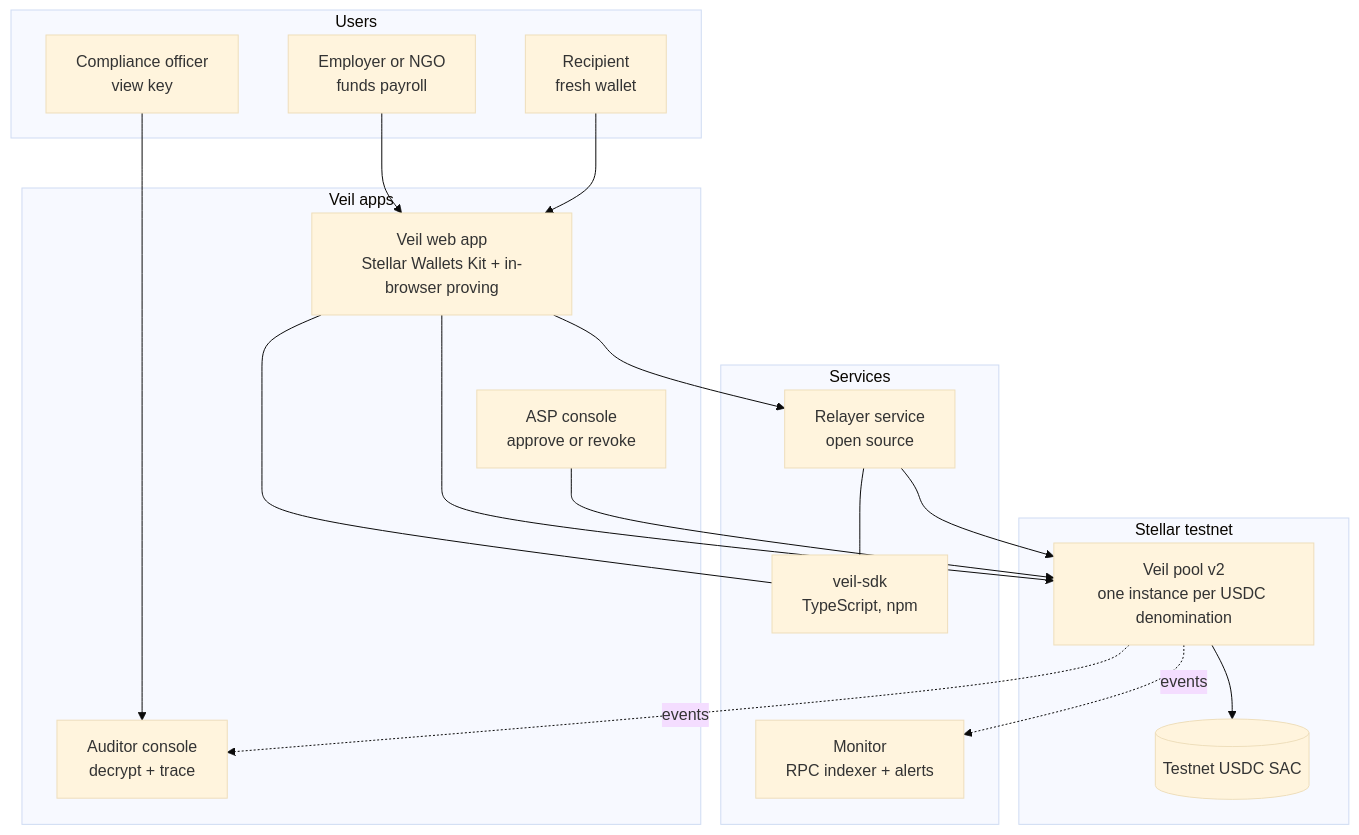
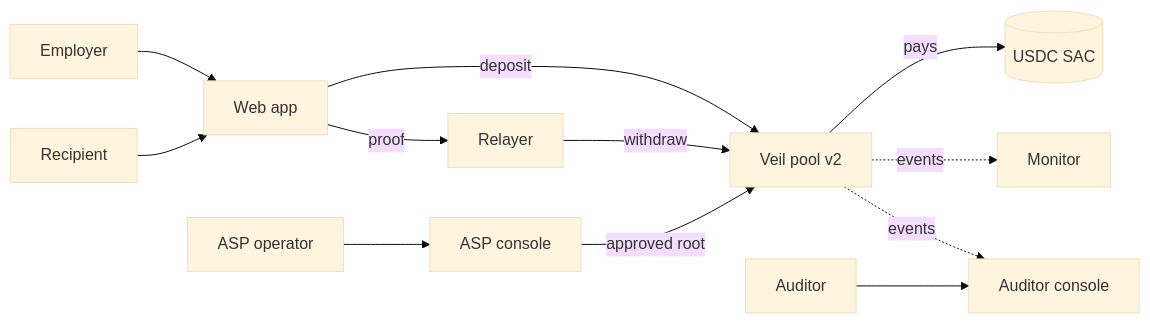
Before and after one commit to Risingtell/veil: the second of 2 diagrams in docs/ARCHITECTURE.md, drawn with Mermaid (base theme). The commit also changed other lines of this file, not shown here.

Commit message:
Simplify architecture diagrams so GitHub renders every label

````diff
--- a/docs/ARCHITECTURE.md
+++ b/docs/ARCHITECTURE.md
@@ -108,35 +116,14 @@
 ```mermaid
-flowchart TB
-    subgraph users [Users]
-      EMP[Employer or NGO<br/>funds payroll]
-      REC[Recipient<br/>fresh wallet]
-      OFF[Compliance officer<br/>view key]
-    end
-
-    subgraph apps [Veil apps]
-      WEB[Veil web app<br/>Stellar Wallets Kit + in-browser proving]
-      ASPC[ASP console<br/>approve or revoke]
-      AUDC[Auditor console<br/>decrypt + trace]
-    end
-
-    subgraph services [Services]
-      REL[Relayer service<br/>open source]
-      MON[Monitor<br/>RPC indexer + alerts]
-      SDK[veil-sdk<br/>TypeScript, npm]
-    end
-
-    subgraph chain [Stellar testnet]
-      POOL[Veil pool v2<br/>one instance per USDC denomination]
-      USDC[(Testnet USDC SAC)]
-    end
-
-    EMP --> WEB --> POOL
-    REC --> WEB --> REL --> POOL
-    ASPC --> POOL
-    OFF --> AUDC
-    POOL --> USDC
-    POOL -. events .-> MON
-    POOL -. events .-> AUDC
-    WEB --- SDK
-    REL --- SDK
+flowchart LR
+    EMP[Employer] --> WEB[Web app]
+    REC[Recipient] --> WEB
+    WEB -->|deposit| POOL[Veil pool v2]
+    WEB -->|proof| REL[Relayer]
+    REL -->|withdraw| POOL
+    OPS[ASP operator] --> ASPC[ASP console]
+    ASPC -->|approved root| POOL
+    POOL -->|pays| USDC[(USDC SAC)]
+    POOL -.->|events| MON[Monitor]
+    POOL -.->|events| AUDC[Auditor console]
+    OFF[Auditor] --> AUDC
 ```
````
